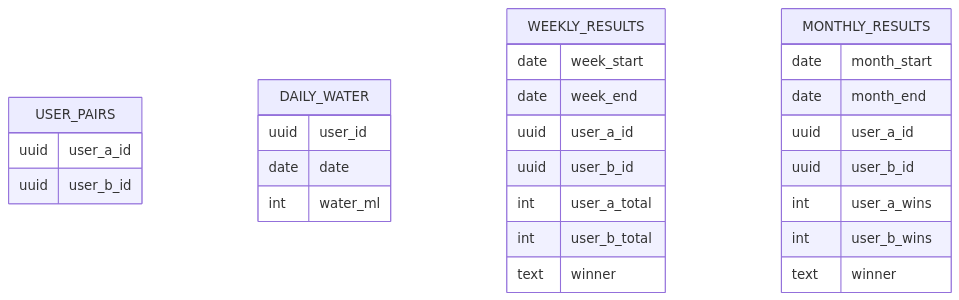
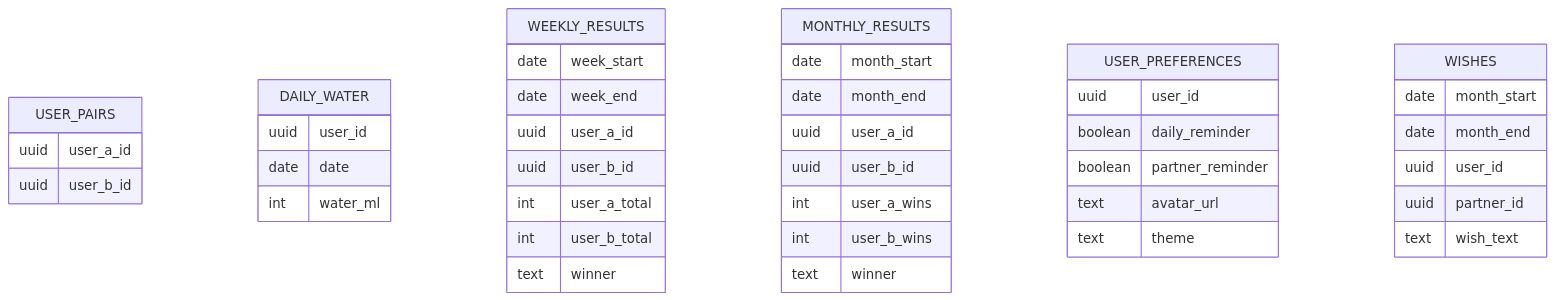
The diagram in docs/DATABASE.md (abdulxhmd/water-app), drawn with Mermaid before and after one commit. The commit also changed other lines of this file and 53 other files, not shown here.

````diff
--- a/docs/DATABASE.md
+++ b/docs/DATABASE.md
@@ -101,33 +139,44 @@
 ```mermaid
 erDiagram
     USER_PAIRS {
         uuid user_a_id
         uuid user_b_id
     }
-
     DAILY_WATER {
         uuid user_id
         date date
         int water_ml
     }
-
     WEEKLY_RESULTS {
         date week_start
         date week_end
         uuid user_a_id
         uuid user_b_id
         int user_a_total
         int user_b_total
         text winner
     }
-
     MONTHLY_RESULTS {
         date month_start
         date month_end
         uuid user_a_id
         uuid user_b_id
         int user_a_wins
         int user_b_wins
         text winner
     }
+    USER_PREFERENCES {
+        uuid user_id
+        boolean daily_reminder
+        boolean partner_reminder
+        text avatar_url
+        text theme
+    }
+    WISHES {
+        date month_start
+        date month_end
+        uuid user_id
+        uuid partner_id
+        text wish_text
+    }
 ```
````
